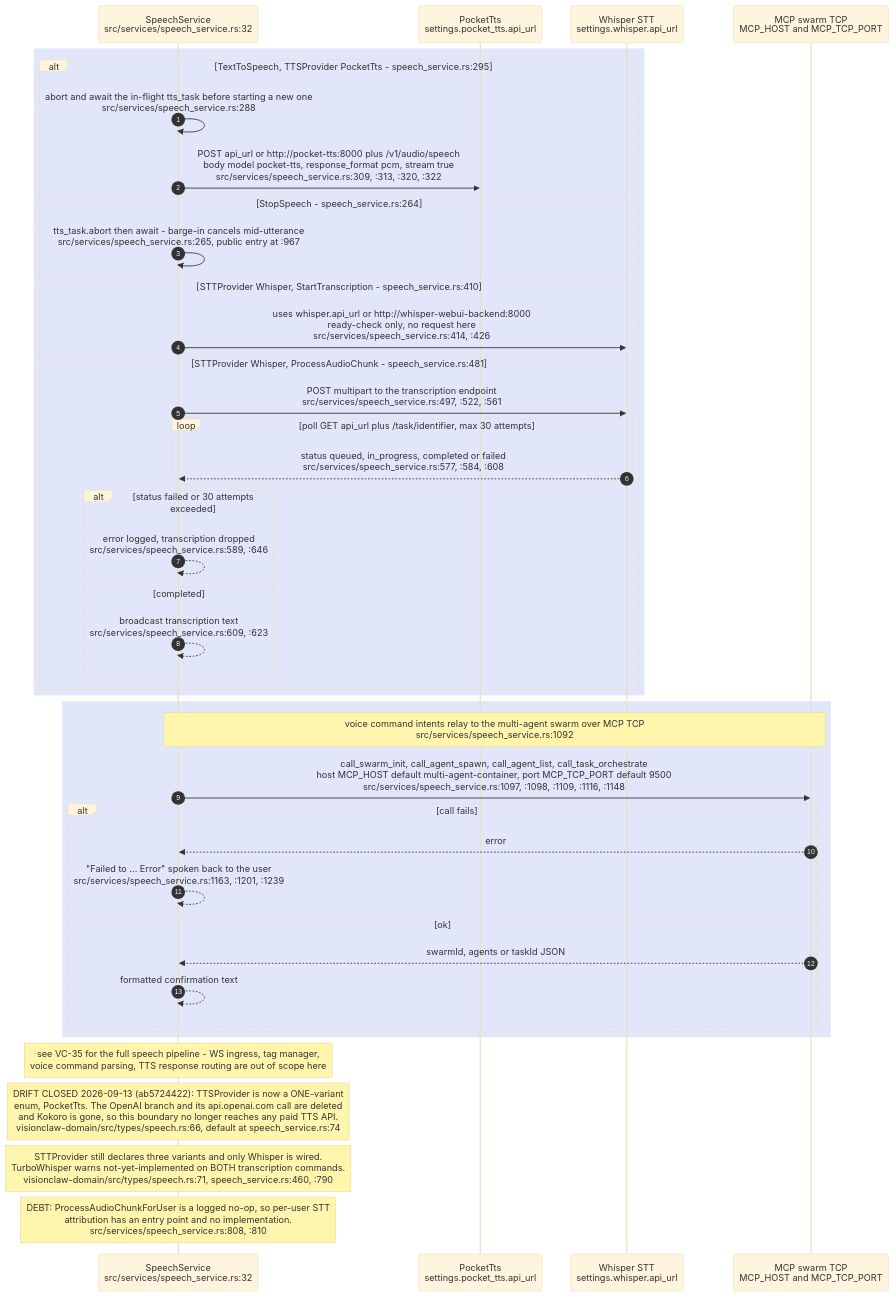
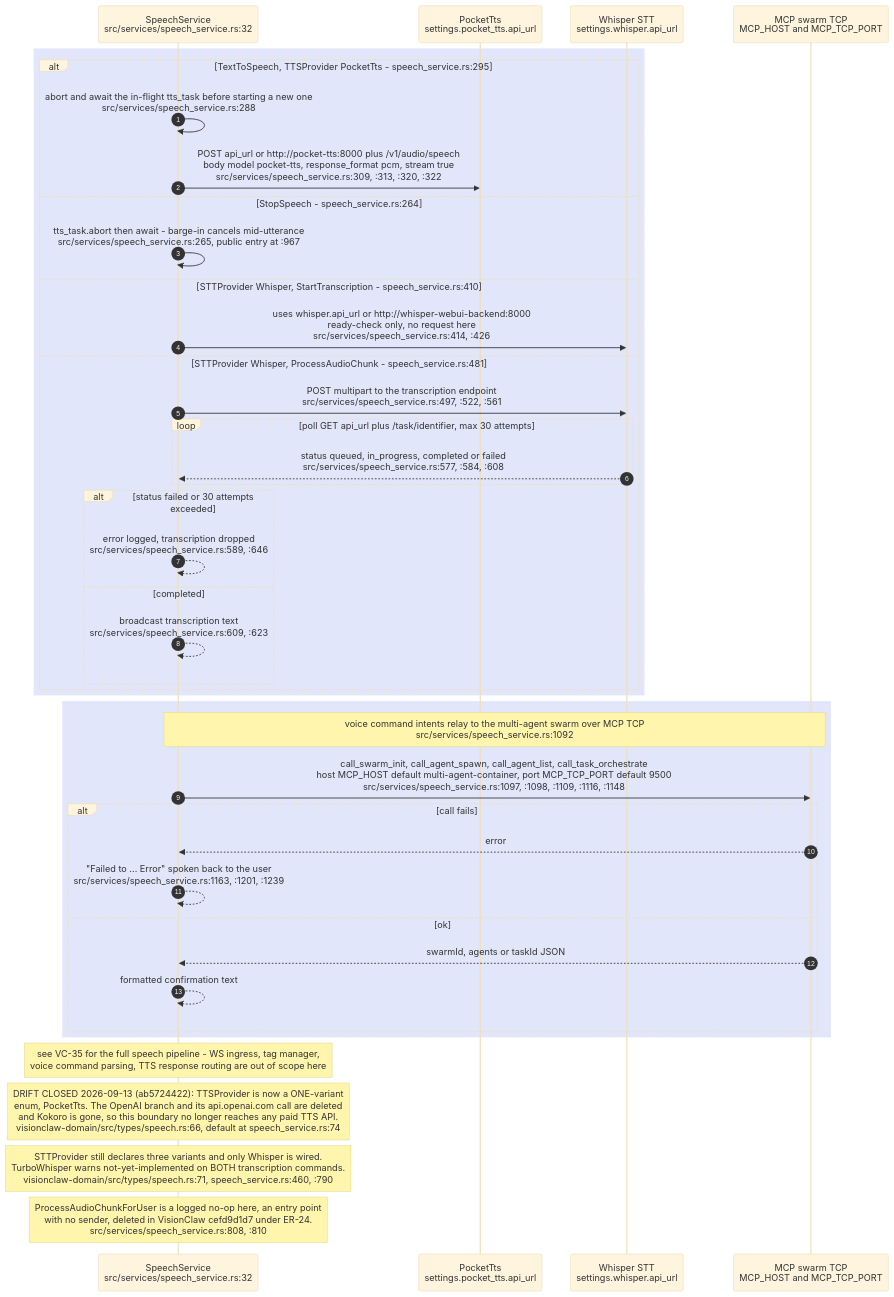
One commit to DreamLab-AI/VisionFlow changed the seventh of 8 diagrams in docs/diagrams/visionclaw/28-external-services.md. Above: the diagram before and after it, drawn with Mermaid (base theme). The commit also changed 8 other files, not shown here.

First line of the commit message:
docs(diagrams): retire six markers fixed on 2026-10-18; full-length stamps

````diff
--- a/docs/diagrams/visionclaw/28-external-services.md
+++ b/docs/diagrams/visionclaw/28-external-services.md
@@ -325,46 +325,46 @@
 ```mermaid
 sequenceDiagram
     autonumber
     participant SS as SpeechService<br/>src/services/speech_service.rs:32
     participant PT as PocketTts<br/>settings.pocket_tts.api_url
     participant WHI as Whisper STT<br/>settings.whisper.api_url
     participant MCP as MCP swarm TCP<br/>MCP_HOST and MCP_TCP_PORT
 
     rect rgb(225,230,250)
     alt TextToSpeech, TTSProvider PocketTts - speech_service.rs:295
         SS->>SS: abort and await the in-flight tts_task before starting a new one<br/>src/services/speech_service.rs:288
         SS->>PT: POST api_url or http://pocket-tts:8000 plus /v1/audio/speech<br/>body model pocket-tts, response_format pcm, stream true<br/>src/services/speech_service.rs:309, :313, :320, :322
     else StopSpeech - speech_service.rs:264
         SS->>SS: tts_task.abort then await - barge-in cancels mid-utterance<br/>src/services/speech_service.rs:265, public entry at :967
     else STTProvider Whisper, StartTranscription - speech_service.rs:410
         SS->>WHI: uses whisper.api_url or http://whisper-webui-backend:8000<br/>ready-check only, no request here<br/>src/services/speech_service.rs:414, :426
     else STTProvider Whisper, ProcessAudioChunk - speech_service.rs:481
         SS->>WHI: POST multipart to the transcription endpoint<br/>src/services/speech_service.rs:497, :522, :561
         loop poll GET api_url plus /task/identifier, max 30 attempts
             WHI-->>SS: status queued, in_progress, completed or failed<br/>src/services/speech_service.rs:577, :584, :608
         end
         alt status failed or 30 attempts exceeded
             SS-->>SS: error logged, transcription dropped<br/>src/services/speech_service.rs:589, :646
         else completed
             SS-->>SS: broadcast transcription text<br/>src/services/speech_service.rs:609, :623
         end
     end
     end
 
     rect rgb(225,230,250)
     Note over SS,MCP: voice command intents relay to the multi-agent swarm over MCP TCP<br/>src/services/speech_service.rs:1092
     SS->>MCP: call_swarm_init, call_agent_spawn, call_agent_list, call_task_orchestrate<br/>host MCP_HOST default multi-agent-container, port MCP_TCP_PORT default 9500<br/>src/services/speech_service.rs:1097, :1098, :1109, :1116, :1148
     alt call fails
         MCP-->>SS: error
         SS-->>SS: "Failed to ... Error" spoken back to the user<br/>src/services/speech_service.rs:1163, :1201, :1239
     else ok
         MCP-->>SS: swarmId, agents or taskId JSON
         SS-->>SS: formatted confirmation text
     end
     end
 
     Note over SS: see VC-35 for the full speech pipeline - WS ingress, tag manager,<br/>voice command parsing, TTS response routing are out of scope here
     Note over SS: DRIFT CLOSED 2026-09-13 (ab5724422): TTSProvider is now a ONE-variant<br/>enum, PocketTts. The OpenAI branch and its api.openai.com call are deleted<br/>and Kokoro is gone, so this boundary no longer reaches any paid TTS API.<br/>visionclaw-domain/src/types/speech.rs:66, default at speech_service.rs:74
     Note over SS: STTProvider still declares three variants and only Whisper is wired.<br/>TurboWhisper warns not-yet-implemented on BOTH transcription commands.<br/>visionclaw-domain/src/types/speech.rs:71, speech_service.rs:460, :790
-    Note over SS: DEBT: ProcessAudioChunkForUser is a logged no-op, so per-user STT<br/>attribution has an entry point and no implementation.<br/>src/services/speech_service.rs:808, :810
+    Note over SS: ProcessAudioChunkForUser is a logged no-op here, an entry point<br/>with no sender, deleted in VisionClaw cefd9d1d7 under ER-24.<br/>src/services/speech_service.rs:808, :810
 ```
````
